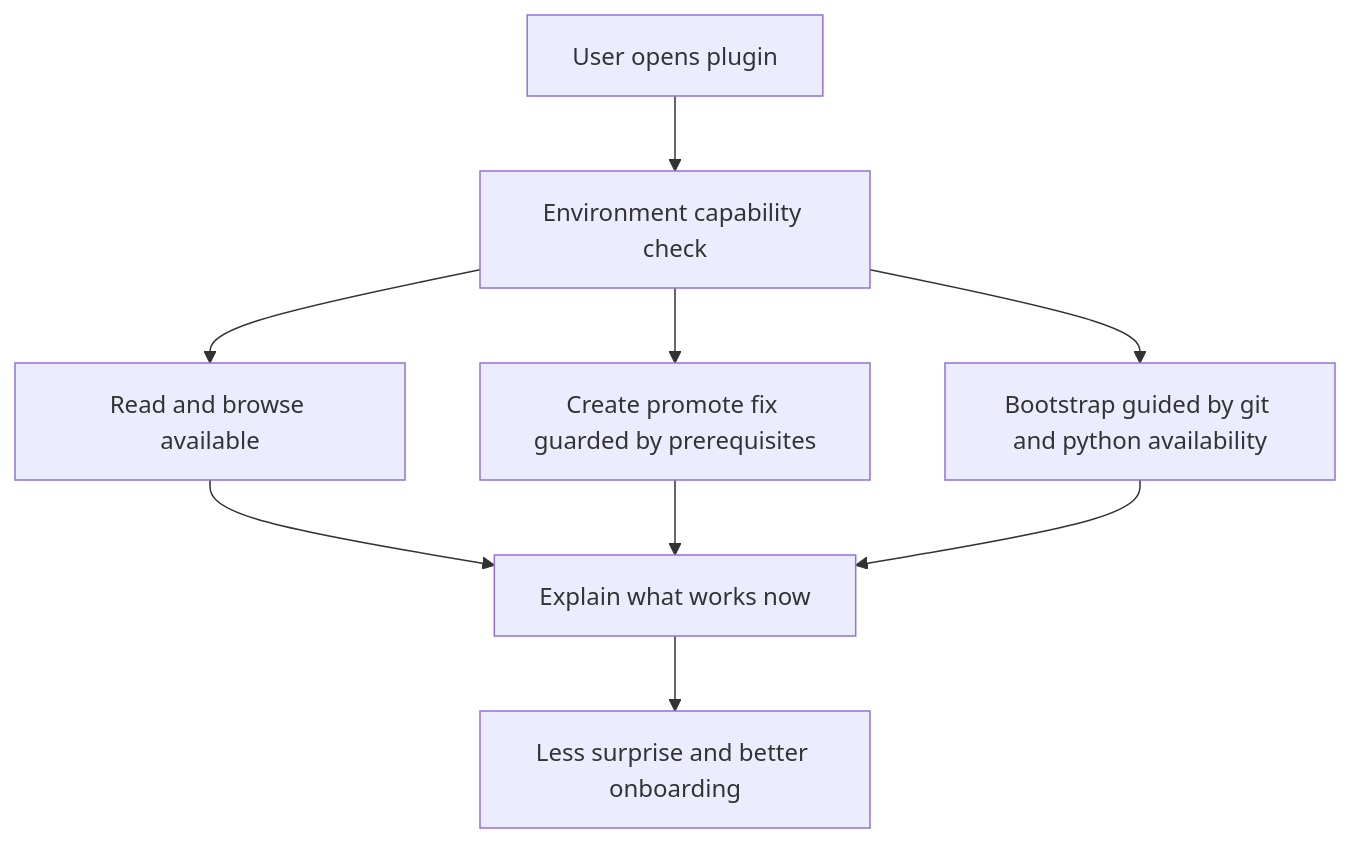
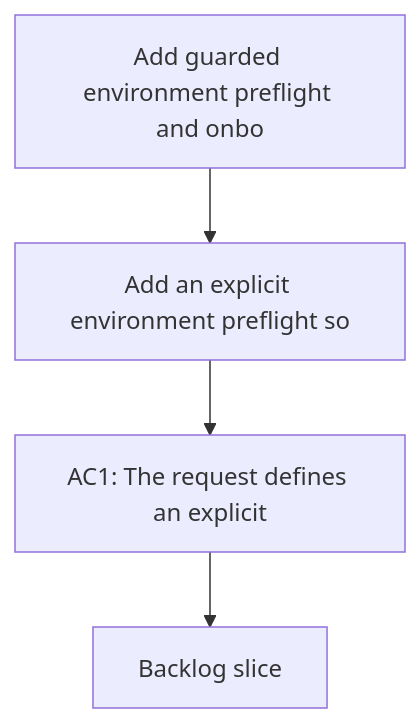
The diagram in logics/request/req_066_add_guarded_environment_preflight_and_onboarding_for_logics_bootstrap_and_workflow_actions.md (AlexAgo83/logics-manager), drawn with Mermaid before and after one commit. The commit also changed 481 other files, not shown here.

````diff
--- a/logics/request/req_066_add_guarded_environment_preflight_and_onboarding_for_logics_bootstrap_and_workflow_actions.md
+++ b/logics/request/req_066_add_guarded_environment_preflight_and_onboarding_for_logics_bootstrap_and_workflow_actions.md
@@ -48,13 +48,8 @@
 ```mermaid
 %% logics-kind: request
 %% logics-signature: request|add-guarded-environment-preflight-and-on|add-an-explicit-environment-preflight-so|ac1-the-request-defines-an-explicit
 flowchart TD
-    Start[User opens plugin] --> Preflight[Environment capability check]
-    Preflight --> ReadOnly[Read and browse available]
-    Preflight --> Workflow[Create promote fix guarded by prerequisites]
-    Preflight --> Bootstrap[Bootstrap guided by git and python availability]
-    ReadOnly --> Clarity[Explain what works now]
-    Workflow --> Clarity
-    Bootstrap --> Clarity
-    Clarity --> Outcome[Less surprise and better onboarding]
+    Trigger[Add guarded environment preflight and onbo] --> Need[Add an explicit environment preflight so]
+    Need --> Outcome[AC1: The request defines an explicit]
+    Outcome --> Backlog[Backlog slice]
 ```
````
